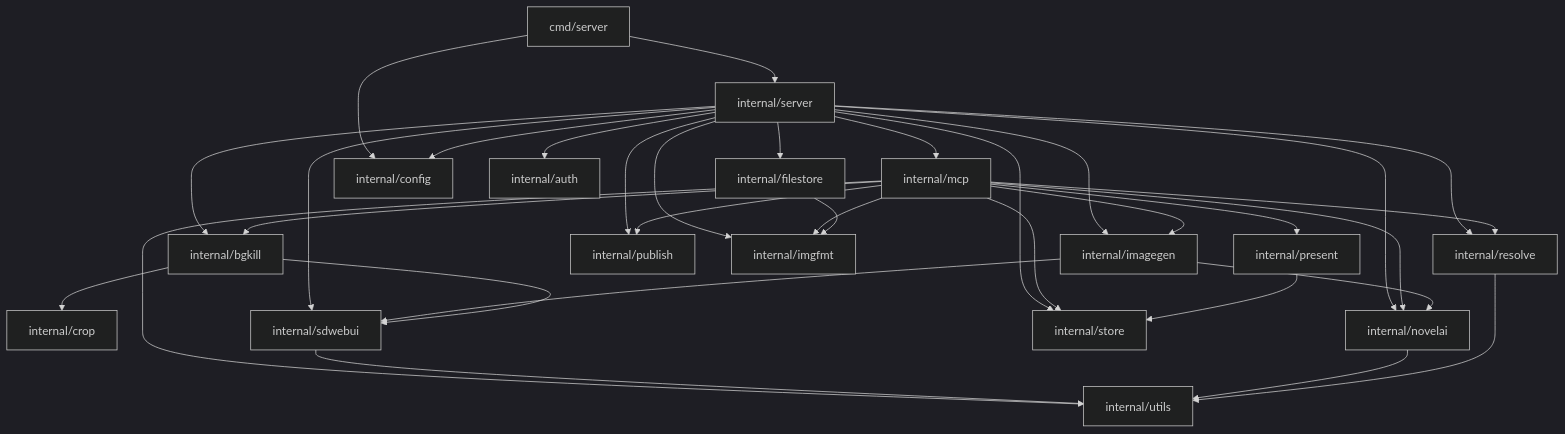
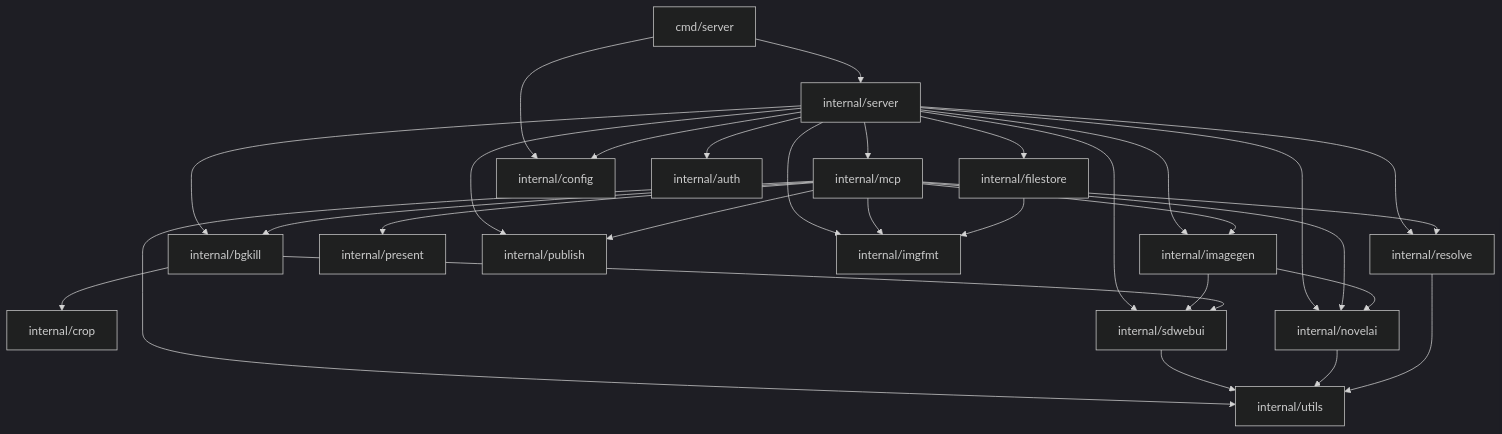
The diagram in AGENTS.md (wishmatic/neo-mcp), drawn with Mermaid (dark theme) before and after one commit. The commit also changed 32 other files, not shown here.

````diff
--- a/AGENTS.md
+++ b/AGENTS.md
@@ -54,57 +54,53 @@
 ```mermaid
 flowchart TD
     cmd["cmd/server"]
     server["internal/server"]
     mcp["internal/mcp"]
     imagegen["internal/imagegen"]
     bgkill["internal/bgkill"]
     present["internal/present"]
     publish["internal/publish"]
     crop["internal/crop"]
     imgfmt["internal/imgfmt"]
     sdwebui["internal/sdwebui"]
     novelai["internal/novelai"]
     resolve["internal/resolve"]
     filestore["internal/filestore"]
-    store["internal/store"]
     config["internal/config"]
     auth["internal/auth"]
     utils["internal/utils"]
 
     cmd --> server
     cmd --> config
 
     server --> mcp
     server --> imagegen
     server --> bgkill
     server --> publish
     server --> auth
     server --> config
     server --> sdwebui
     server --> novelai
     server --> resolve
     server --> filestore
-    server --> store
     server --> imgfmt
 
     mcp --> imagegen
     mcp --> bgkill
     mcp --> present
     mcp --> publish
     mcp --> imgfmt
     mcp --> novelai
     mcp --> resolve
-    mcp --> store
     mcp --> utils
 
     imagegen --> sdwebui
     imagegen --> novelai
     bgkill --> sdwebui
     bgkill --> crop
     filestore --> imgfmt
-    present --> store
 
     sdwebui --> utils
     novelai --> utils
     resolve --> utils
 ```
````
